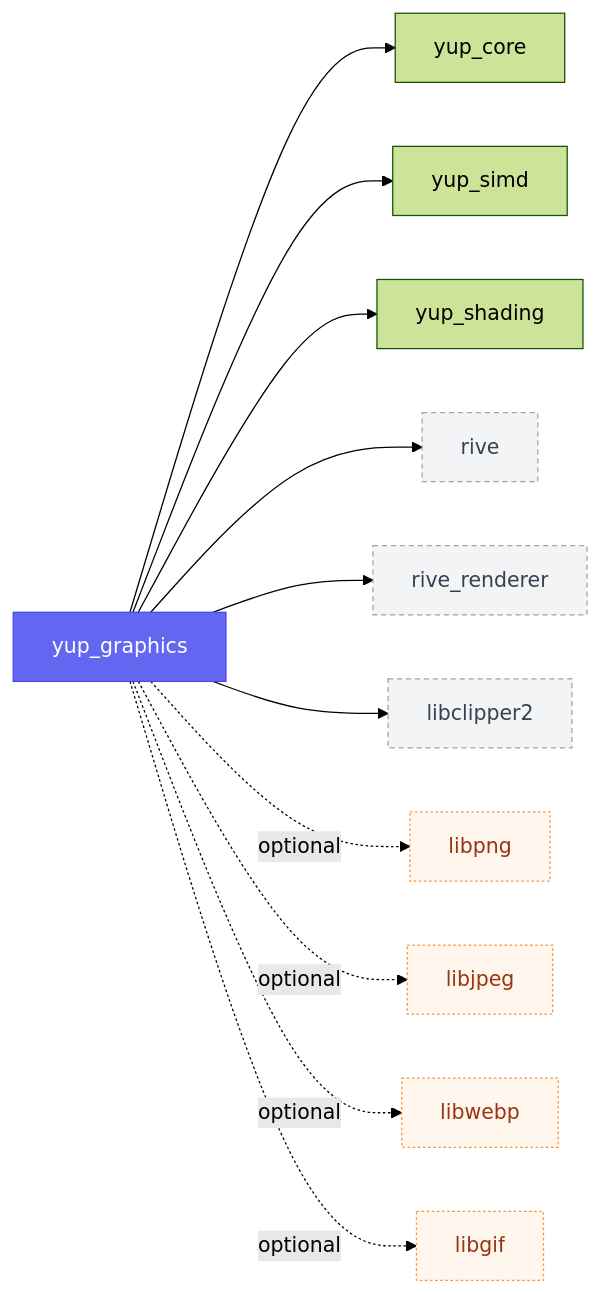
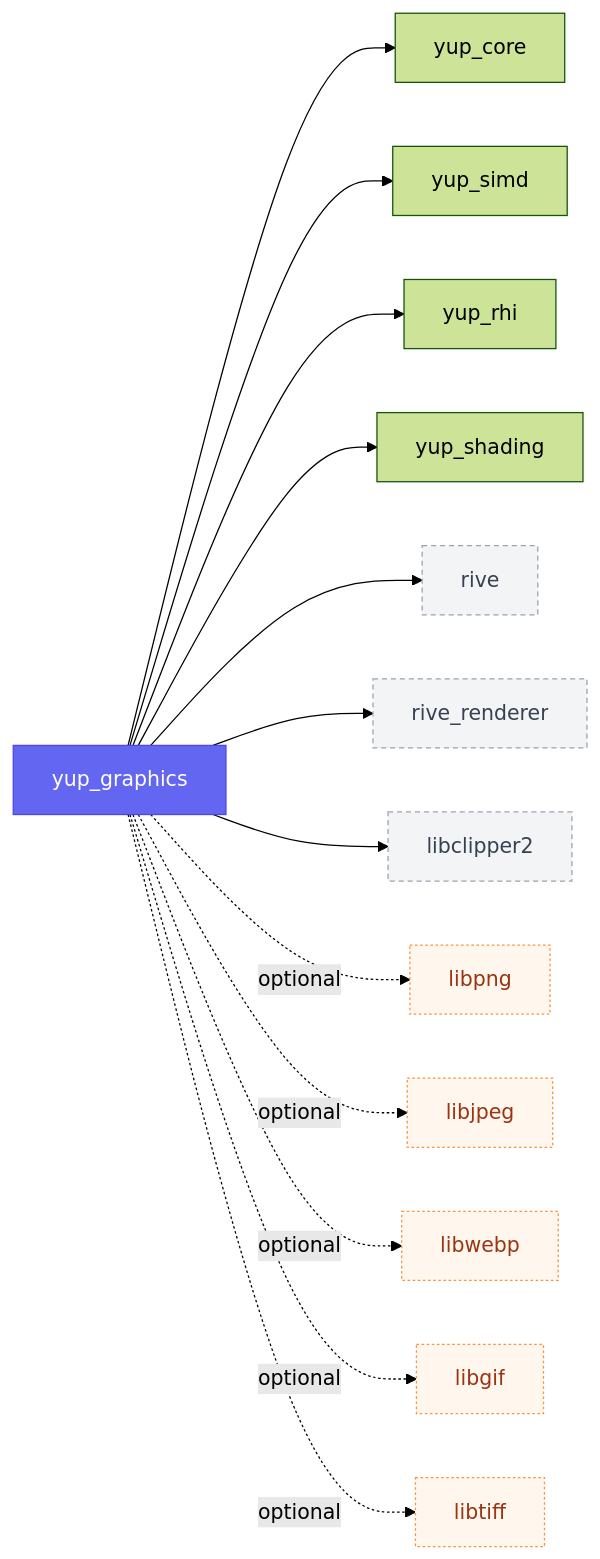
One commit to kunitoki/yup changed the seventh of 21 diagrams in docs/modules.md. Above: the diagram before and after it, drawn with Mermaid (forest theme). The commit also changed other lines of this file and 88 other files, not shown here.

````diff
--- a/docs/modules.md
+++ b/docs/modules.md
@@ -148,16 +167,18 @@
 ```mermaid
 flowchart LR
     yup_graphics:::self --> yup_core
     yup_graphics --> yup_simd
+    yup_graphics --> yup_rhi
     yup_graphics --> yup_shading
     yup_graphics --> rive:::ext
     yup_graphics --> rive_renderer:::ext
     yup_graphics --> libclipper2:::ext
     yup_graphics -. optional .-> libpng:::opt
     yup_graphics -. optional .-> libjpeg:::opt
     yup_graphics -. optional .-> libwebp:::opt
     yup_graphics -. optional .-> libgif:::opt
+    yup_graphics -. optional .-> libtiff:::opt
     classDef self fill:#6366f1,color:#fff,stroke:#4f46e5;
     classDef ext fill:#f3f4f6,color:#374151,stroke:#9ca3af,stroke-dasharray:4 3;
     classDef opt fill:#fff7ed,color:#9a3412,stroke:#fb923c,stroke-dasharray:2 2;
 ```
````
